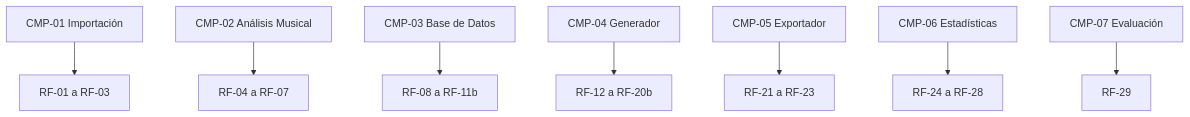
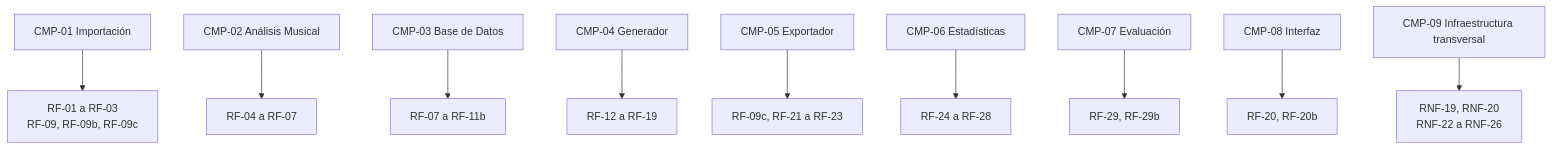
Before and after one commit to pabloo806/Trabajo-de-Fin-de-Grado: the second of 2 diagrams in docs/requirements/traceability-matrix.md, drawn with Mermaid. The commit also changed other lines of this file, not shown here.

````diff
--- a/docs/requirements/traceability-matrix.md
+++ b/docs/requirements/traceability-matrix.md
@@ -189,25 +378,31 @@
 ```mermaid
 flowchart TD
 
     CMP01["CMP-01 Importación"]
     CMP02["CMP-02 Análisis Musical"]
     CMP03["CMP-03 Base de Datos"]
     CMP04["CMP-04 Generador"]
     CMP05["CMP-05 Exportador"]
     CMP06["CMP-06 Estadísticas"]
     CMP07["CMP-07 Evaluación"]
+    CMP08["CMP-08 Interfaz"]
+    CMP09["CMP-09 Infraestructura transversal"]
 
-    CMP01 --> RF01["RF-01 a RF-03"]
+    CMP01 --> RF01["RF-01 a RF-03<br/>RF-09, RF-09b, RF-09c"]
 
     CMP02 --> RF02["RF-04 a RF-07"]
 
-    CMP03 --> RF03["RF-08 a RF-11b"]
+    CMP03 --> RF03["RF-07 a RF-11b"]
 
-    CMP04 --> RF04["RF-12 a RF-20b"]
+    CMP04 --> RF04["RF-12 a RF-19"]
 
-    CMP05 --> RF05["RF-21 a RF-23"]
+    CMP05 --> RF05["RF-09c, RF-21 a RF-23"]
 
     CMP06 --> RF06["RF-24 a RF-28"]
 
-    CMP07 --> RF07["RF-29"]
+    CMP07 --> RF07["RF-29, RF-29b"]
+
+    CMP08 --> RF08["RF-20, RF-20b"]
+
+    CMP09 --> RF09["RNF-19, RNF-20<br/>RNF-22 a RNF-26"]
 ```
````
